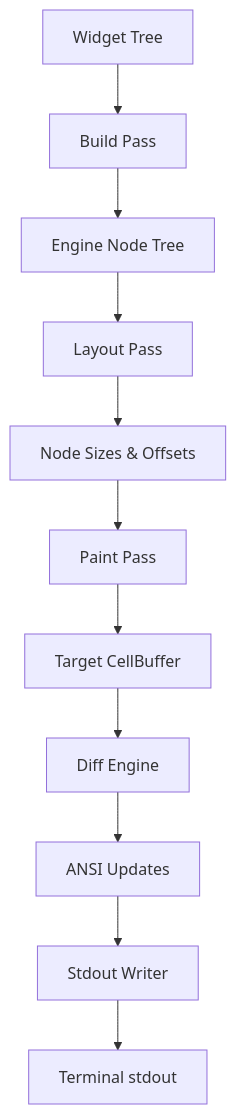
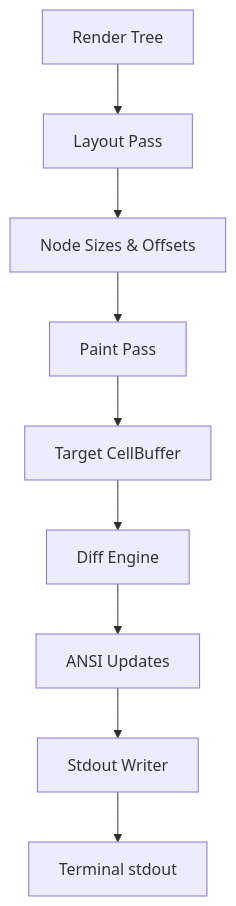
The diagram in tasks/milestone-3/task-3.md (iapicca/t22e), drawn with Mermaid before and after one commit. The commit also changed other lines of this file and 5 other files, not shown here.

````diff
--- a/tasks/milestone-3/task-3.md
+++ b/tasks/milestone-3/task-3.md
@@ -15,13 +17,11 @@
 ```mermaid
 graph TD
-    A[Widget Tree] --> B[Build Pass]
-    B --> C[Engine Node Tree]
-    C --> D[Layout Pass]
-    D --> E[Node Sizes & Offsets]
-    E --> F[Paint Pass]
-    F --> G[Target CellBuffer]
-    G --> H[Diff Engine]
-    H --> I[ANSI Updates]
-    I --> J[Stdout Writer]
-    J --> K[Terminal stdout]
+    A[Render Tree] --> B[Layout Pass]
+    B --> C[Node Sizes & Offsets]
+    C --> D[Paint Pass]
+    D --> E[Target CellBuffer]
+    E --> F[Diff Engine]
+    F --> G[ANSI Updates]
+    G --> H[Stdout Writer]
+    H --> I[Terminal stdout]
 ```
````
